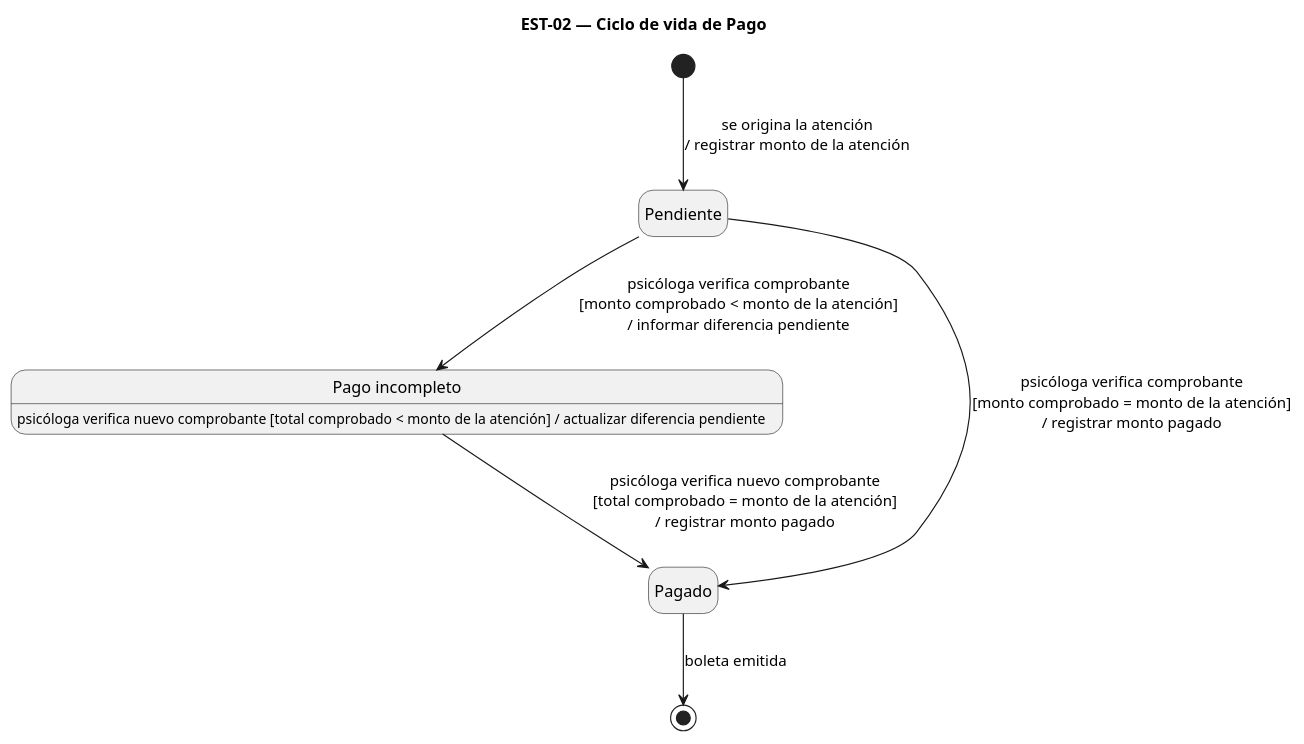
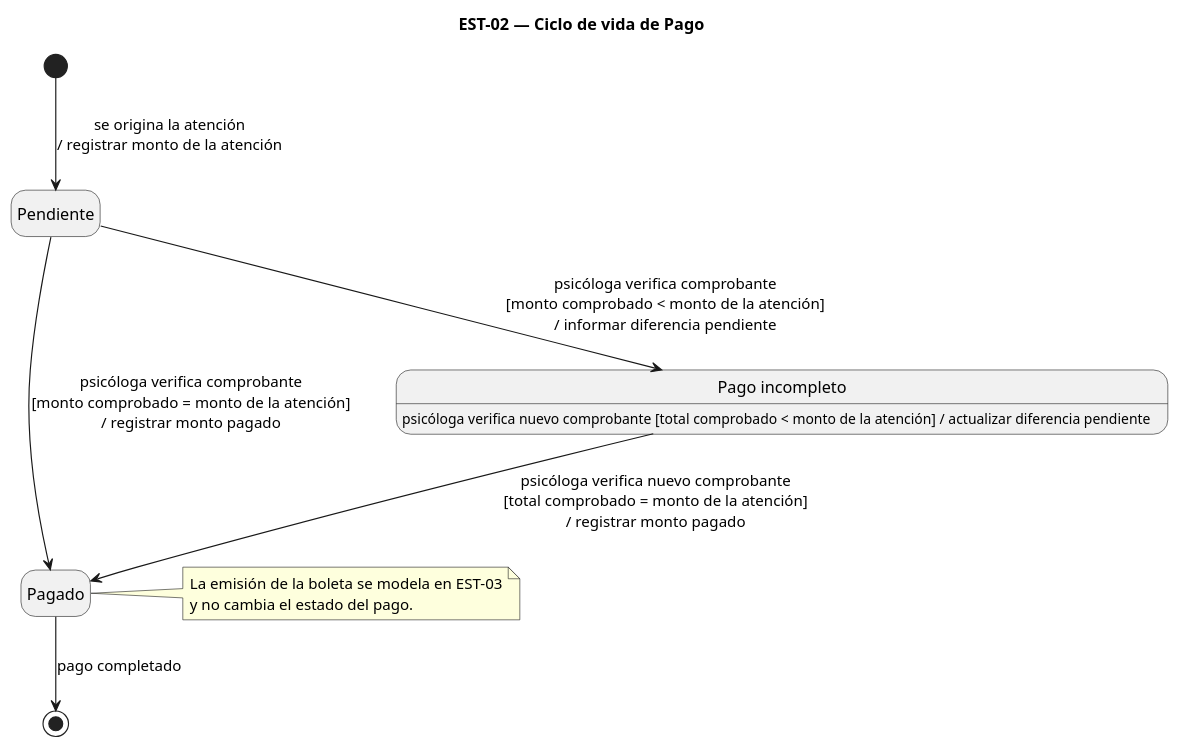
One commit to gestion-consulta-psicologica/ingenieria-requisitos changed the diagram in diagramas/est-02.puml. Above: the diagram before and after it, drawn with PlantUML. The commit also changed 48 other files, not shown here.

```diff
--- a/diagramas/est-02.puml
+++ b/diagramas/est-02.puml
@@ -1,20 +1,21 @@
 @startuml est-02
 ' EST-02 — Ciclo de vida de Pago
 skinparam shadowing false
 skinparam nodesep 80
 skinparam ranksep 60
 hide empty description
 title EST-02 — Ciclo de vida de Pago
 
 state "Pendiente" as PEN
 state "Pago incompleto" as INC
 state "Pagado" as PAG
 
 INC : psicóloga verifica nuevo comprobante [total comprobado < monto de la atención] / actualizar diferencia pendiente
 
 [*] --> PEN : se origina la atención\n/ registrar monto de la atención
 PEN --> PAG : psicóloga verifica comprobante\n[monto comprobado = monto de la atención]\n/ registrar monto pagado
 PEN --> INC : psicóloga verifica comprobante\n[monto comprobado < monto de la atención]\n/ informar diferencia pendiente
 INC --> PAG : psicóloga verifica nuevo comprobante\n[total comprobado = monto de la atención]\n/ registrar monto pagado
-PAG --> [*] : boleta emitida
+PAG --> [*] : pago completado
+note right of PAG : La emisión de la boleta se modela en EST-03\ny no cambia el estado del pago.
 @enduml
```
